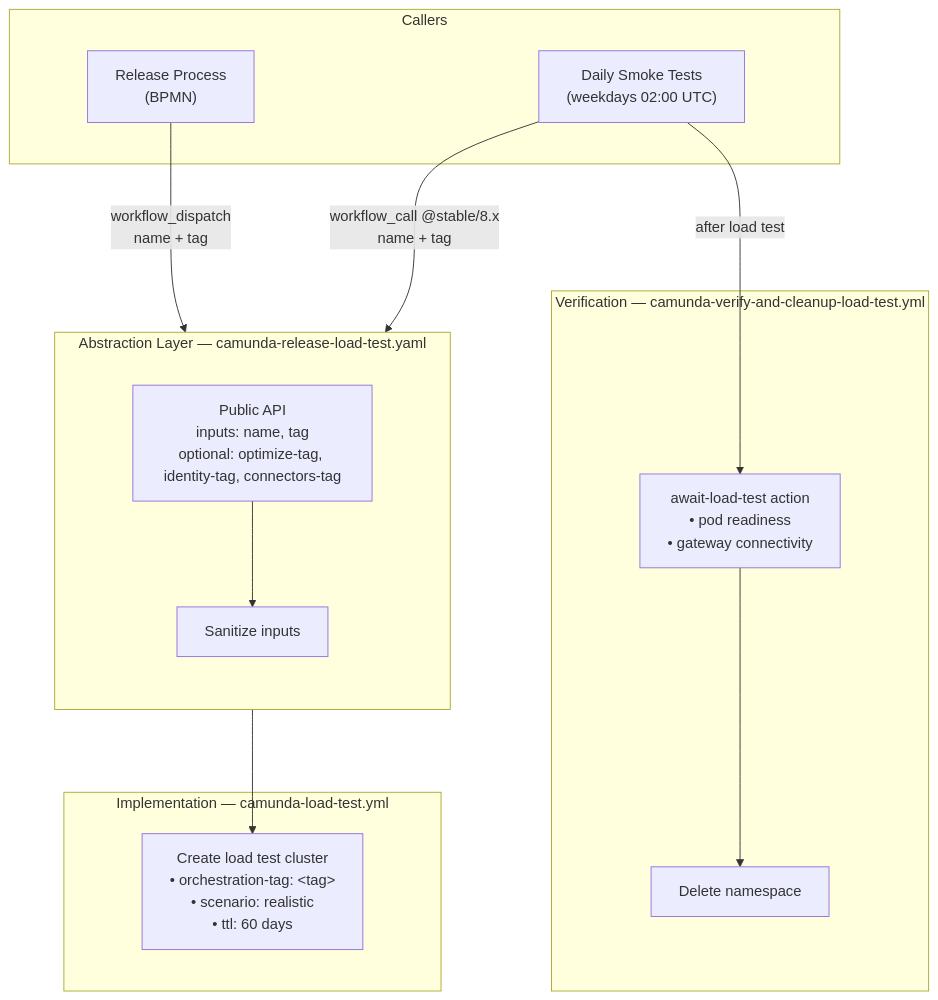
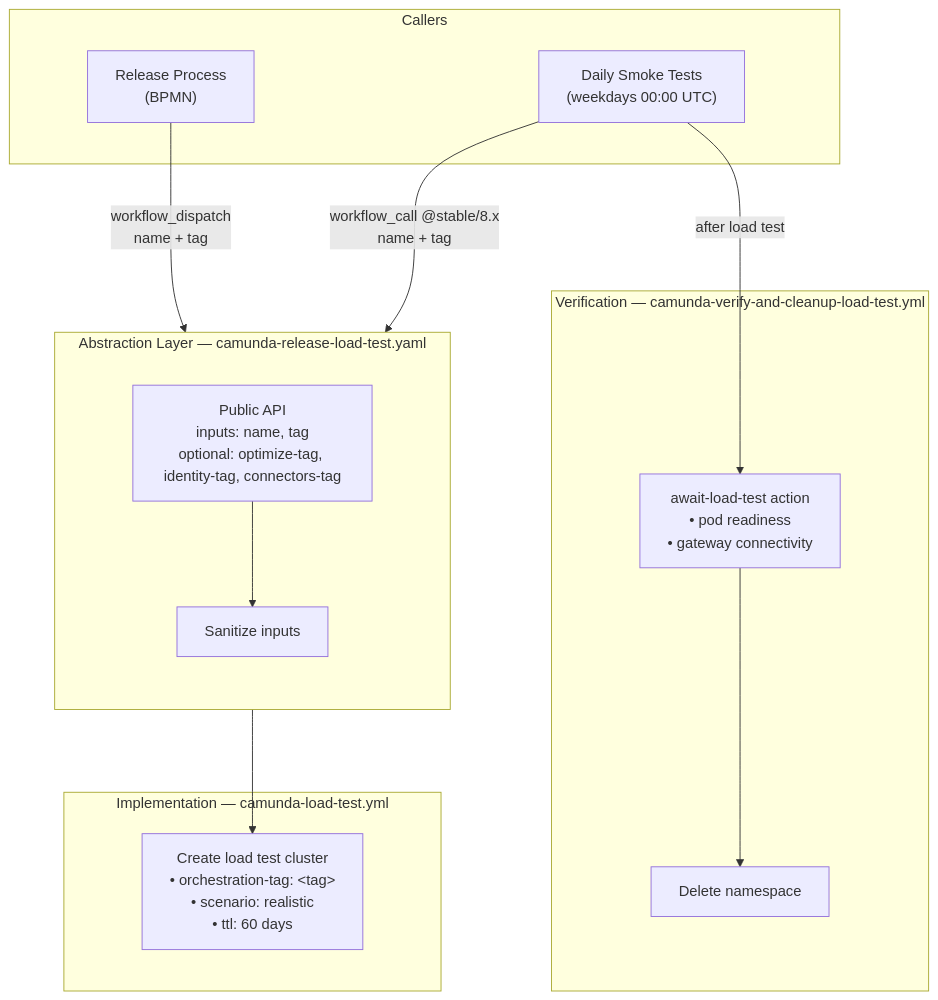
One commit to camunda/camunda changed the second of 2 diagrams in load-tests/README.md. Above: the diagram before and after it, drawn with Mermaid. The commit also changed other lines of this file, not shown here.

````diff
--- a/load-tests/README.md
+++ b/load-tests/README.md
@@ -280,31 +280,31 @@
 ```mermaid
 %%{init: {'flowchart': {'nodeSpacing': 150, 'rankSpacing': 90}}}%%
 graph TD
     subgraph "Callers"
         BPMN["Release Process<br/>(BPMN)"]
-        SCHEDULE["Daily Smoke Tests<br/>(weekdays 02:00 UTC)"]
+        SCHEDULE["Daily Smoke Tests<br/>(weekdays 00:00 UTC)"]
     end
 
     subgraph "Abstraction Layer — camunda-release-load-test.yaml"
         direction TB
         API["Public API<br/>inputs: name, tag<br/>optional: optimize-tag, identity-tag, connectors-tag"]
         SANITIZE["Sanitize inputs"]
         API --> SANITIZE
     end
 
     subgraph "Implementation — camunda-load-test.yml"
         LOAD["Create load test cluster<br/>• orchestration-tag: &lt;tag&gt;<br/>• scenario: realistic<br/>• ttl: 60 days"]
     end
 
     BPMN -->|"workflow_dispatch<br/>name + tag"| API
     SCHEDULE -->|"workflow_call @stable/8.x<br/>name + tag"| API
     SANITIZE --> LOAD
 
     subgraph "Verification — camunda-verify-and-cleanup-load-test.yml"
         VERIFY["await-load-test action<br/>• pod readiness<br/>• gateway connectivity"]
         CLEANUP["Delete namespace"]
         VERIFY --> CLEANUP
     end
 
     SCHEDULE -->|"after load test"| VERIFY
 ```
````
